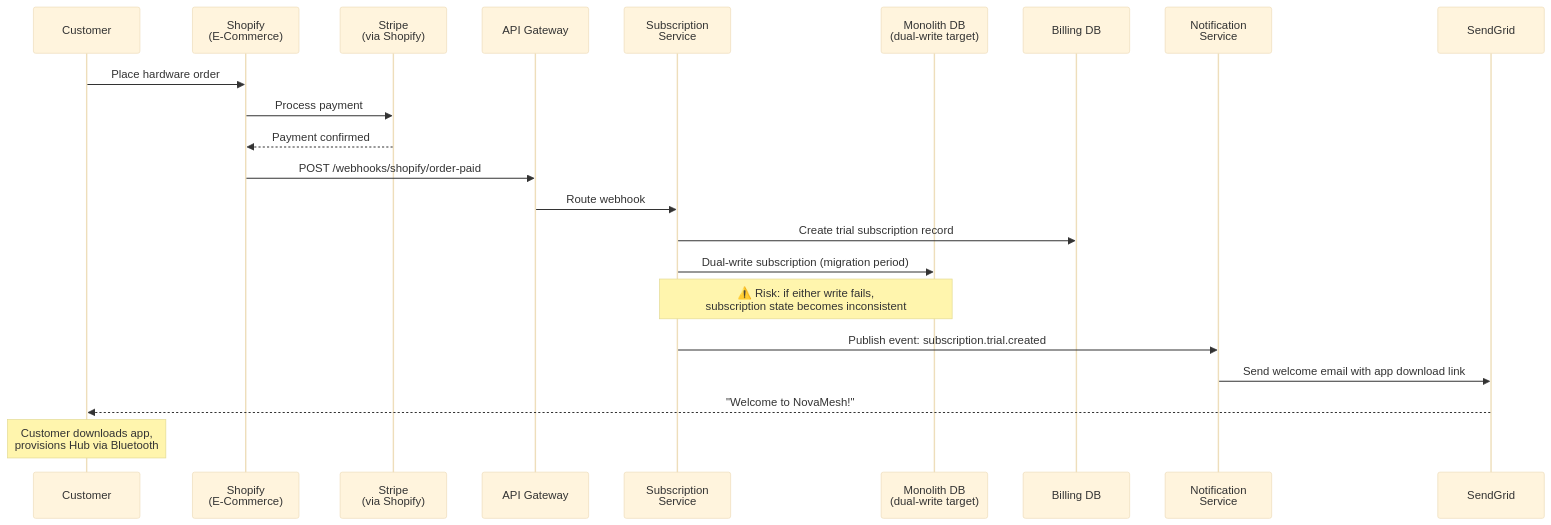
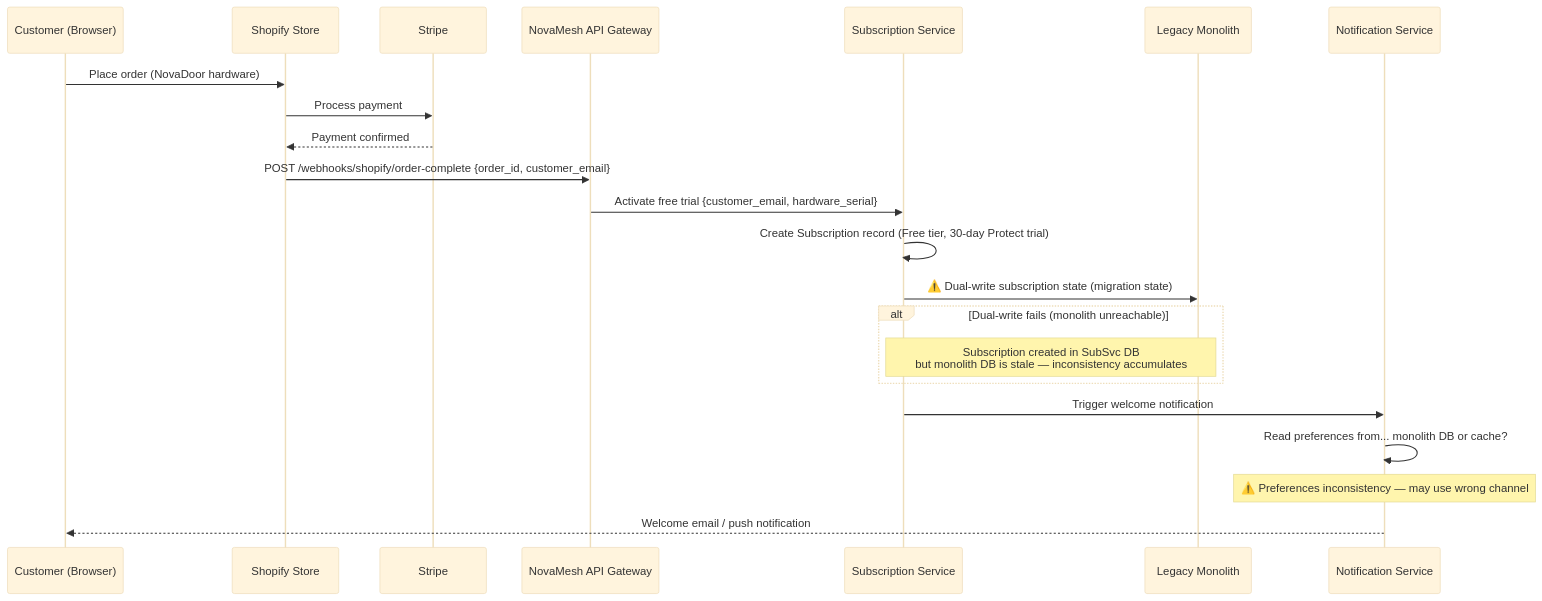
The third of 6 diagrams in docs/architecture/diagrams/data-flow.md (magnusbakken/residuality-example), drawn with Mermaid (base theme) before and after one commit. The commit also changed other lines of this file and 17 other files, not shown here.

````diff
--- a/docs/architecture/diagrams/data-flow.md
+++ b/docs/architecture/diagrams/data-flow.md
@@ -46,28 +101,27 @@
 ```mermaid
 sequenceDiagram
-    participant Customer as Customer
-    participant Shopify as Shopify<br/>(E-Commerce)
-    participant StripeExt as Stripe<br/>(via Shopify)
-    participant APIGW as API Gateway
-    participant SubSvc as Subscription<br/>Service
-    participant MonolithDB as Monolith DB<br/>(dual-write target)
-    participant BillingDB as Billing DB
-    participant Notify as Notification<br/>Service
-    participant SendGrid as SendGrid
+    participant Customer as Customer (Browser)
+    participant Shopify as Shopify Store
+    participant Stripe as Stripe
+    participant API as NovaMesh API Gateway
+    participant SubSvc as Subscription Service
+    participant Monolith as Legacy Monolith
+    participant Notif as Notification Service
 
-    Customer->>Shopify: Place hardware order
-    Shopify->>StripeExt: Process payment
-    StripeExt-->>Shopify: Payment confirmed
-    Shopify->>APIGW: POST /webhooks/shopify/order-paid
-    APIGW->>SubSvc: Route webhook
-    SubSvc->>BillingDB: Create trial subscription record
-    SubSvc->>MonolithDB: Dual-write subscription (migration period)
+    Customer->>Shopify: Place order (NovaDoor hardware)
+    Shopify->>Stripe: Process payment
+    Stripe-->>Shopify: Payment confirmed
+    Shopify->>API: POST /webhooks/shopify/order-complete {order_id, customer_email}
+    API->>SubSvc: Activate free trial {customer_email, hardware_serial}
+    SubSvc->>SubSvc: Create Subscription record (Free tier, 30-day Protect trial)
+    SubSvc->>Monolith: ⚠️ Dual-write subscription state (migration state)
 
-    Note over SubSvc,MonolithDB: ⚠️ Risk: if either write fails,<br/>subscription state becomes inconsistent
+    alt Dual-write fails (monolith unreachable)
+        Note over SubSvc,Monolith: Subscription created in SubSvc DB<br/>but monolith DB is stale — inconsistency accumulates
+    end
 
-    SubSvc->>Notify: Publish event: subscription.trial.created
-    Notify->>SendGrid: Send welcome email with app download link
-    SendGrid-->>Customer: "Welcome to NovaMesh!"
-
-    Note over Customer: Customer downloads app,<br/>provisions Hub via Bluetooth
+    SubSvc->>Notif: Trigger welcome notification
+    Notif->>Notif: Read preferences from... monolith DB or cache?
+    Note over Notif: ⚠️ Preferences inconsistency — may use wrong channel
+    Notif-->>Customer: Welcome email / push notification
 ```
````
